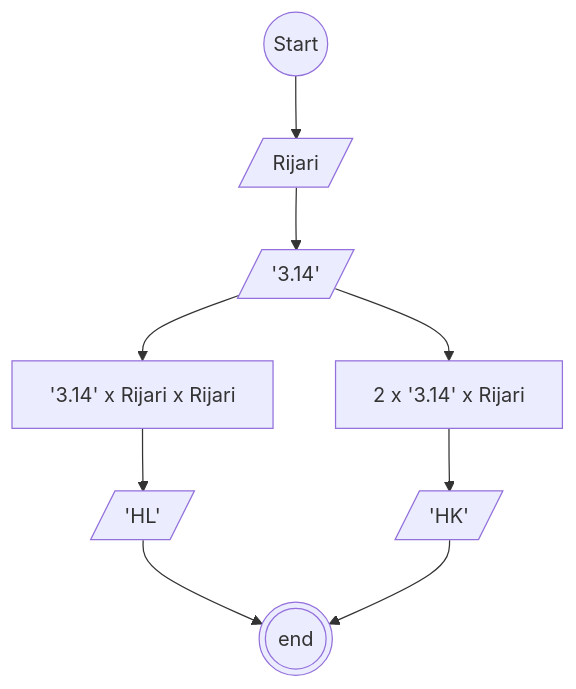
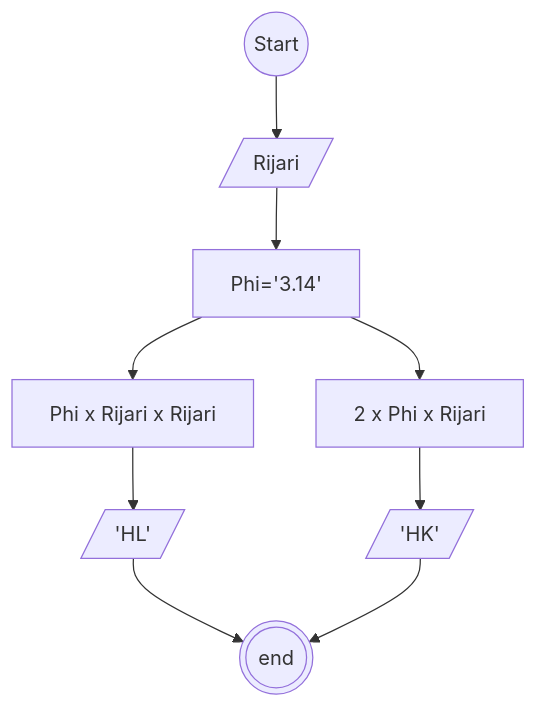
The diagram in luasKeliling.md (fatawaimamalmuftin/koda-b8-Algoritma), drawn with Mermaid before and after one commit.

Commit message:
Algoritma type penulisan : Flowchart
Case: membuat algoritma menghitung luas dan keliling lingkaran

````diff
--- a/luasKeliling.md
+++ b/luasKeliling.md
@@ -23,21 +23,21 @@
 ```mermaid
 flowchart TD
 mulai@{shape: circle, label: "Start"}
 Rijari@{ shape: lean-r, label: "Rijari" }
-Phi@{ shape: lean-r, label: "'3.14'" }
-Luas@{shape: rect, label: "'3.14' x Rijari x Rijari"}
-Keliling@{shape: rect, label: "2 x '3.14' x Rijari"}
+Phi@{ shape: rect, label: "Phi='3.14'" }
+Luas@{shape: rect, label: "Phi x Rijari x Rijari"}
+Keliling@{shape: rect, label: "2 x Phi x Rijari"}
 HL@{ shape: lean-r, label: "'HL'" }
 HK@{ shape: lean-r, label: "'HK'" }
 selesai@{shape: doublecircle, label: "end"}
 
 mulai-->Rijari
 Rijari-->Phi
 Phi-->Luas
 Phi-->Keliling
 Luas-->HL
 Keliling-->HK
 HL-->selesai
 HK-->selesai
 
 ```
````
